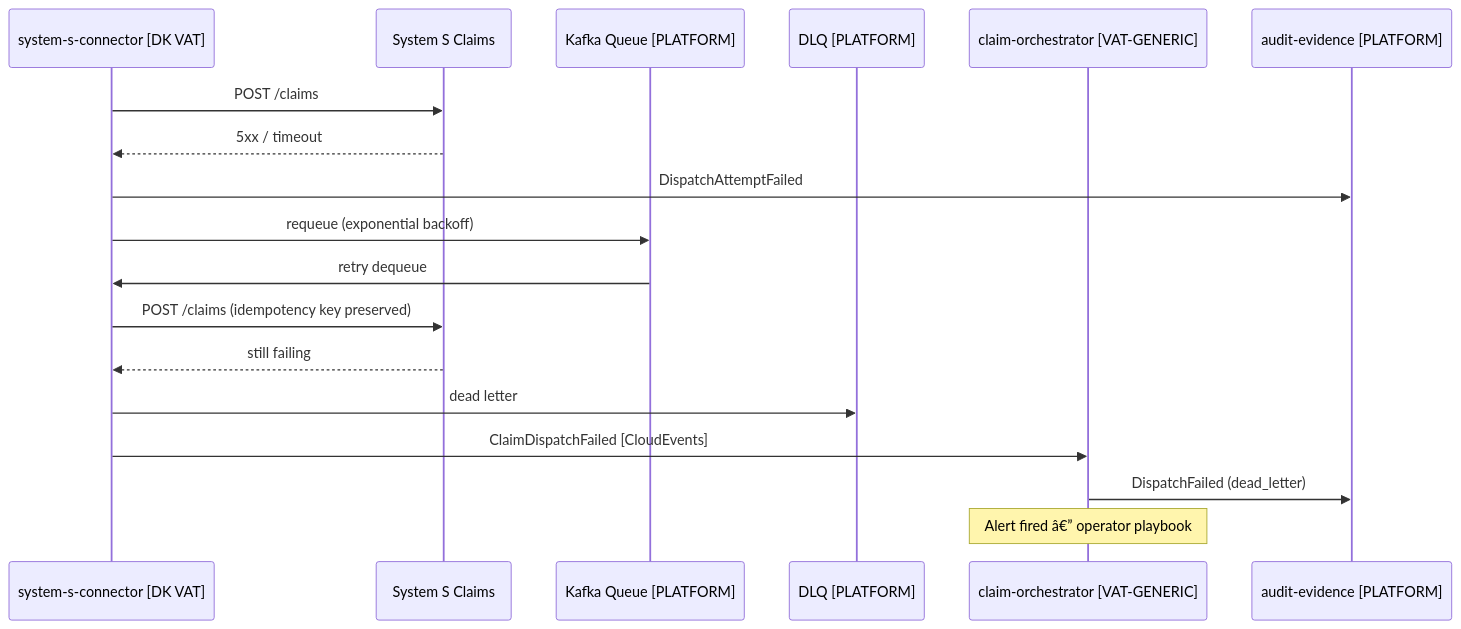
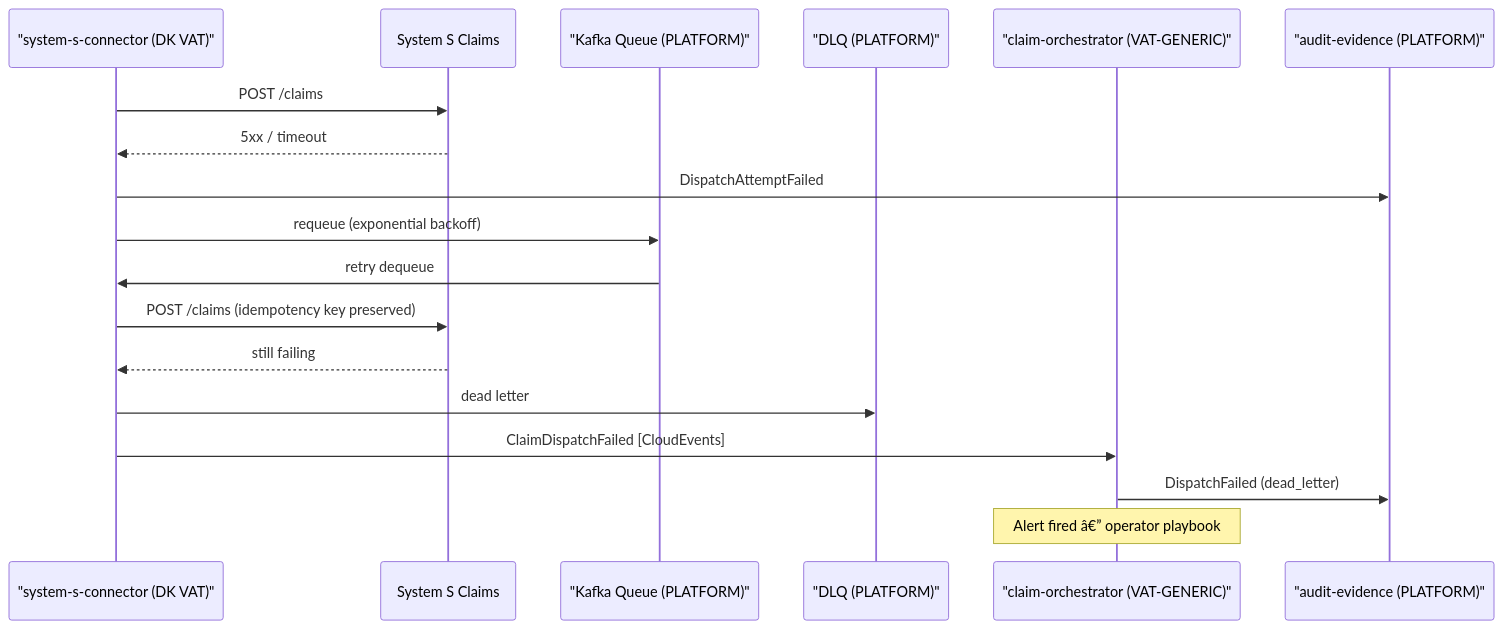
One commit to nc-tbi/VATRI-Codex changed the ninth of 14 diagrams in design/01-vat-filing-assessment-solution-design.md. Above: the diagram before and after it, drawn with Mermaid. The commit also changed other lines of this file and 14 other files, not shown here.

Commit message:
Harden Mermaid and rebuild formal drawio architecture diagrams

````diff
--- a/design/01-vat-filing-assessment-solution-design.md
+++ b/design/01-vat-filing-assessment-solution-design.md
@@ -448,21 +454,21 @@
 ```mermaid
 sequenceDiagram
-    participant CC as system-s-connector [DK VAT]
+    participant CC as "system-s-connector (DK VAT)"
     participant ECS as System S Claims
-    participant Q as Kafka Queue [PLATFORM]
-    participant DLQ as DLQ [PLATFORM]
-    participant CO as claim-orchestrator [VAT-GENERIC]
-    participant AE as audit-evidence [PLATFORM]
+    participant Q as "Kafka Queue (PLATFORM)"
+    participant DLQ as "DLQ (PLATFORM)"
+    participant CO as "claim-orchestrator (VAT-GENERIC)"
+    participant AE as "audit-evidence (PLATFORM)"
 
     CC->>ECS: POST /claims
     ECS-->>CC: 5xx / timeout
     CC->>AE: DispatchAttemptFailed
     CC->>Q: requeue (exponential backoff)
     Q->>CC: retry dequeue
     CC->>ECS: POST /claims (idempotency key preserved)
     ECS-->>CC: still failing
     CC->>DLQ: dead letter
     CC->>CO: ClaimDispatchFailed [CloudEvents]
     CO->>AE: DispatchFailed (dead_letter)
     Note over CO: Alert fired â€” operator playbook
 ```
````
